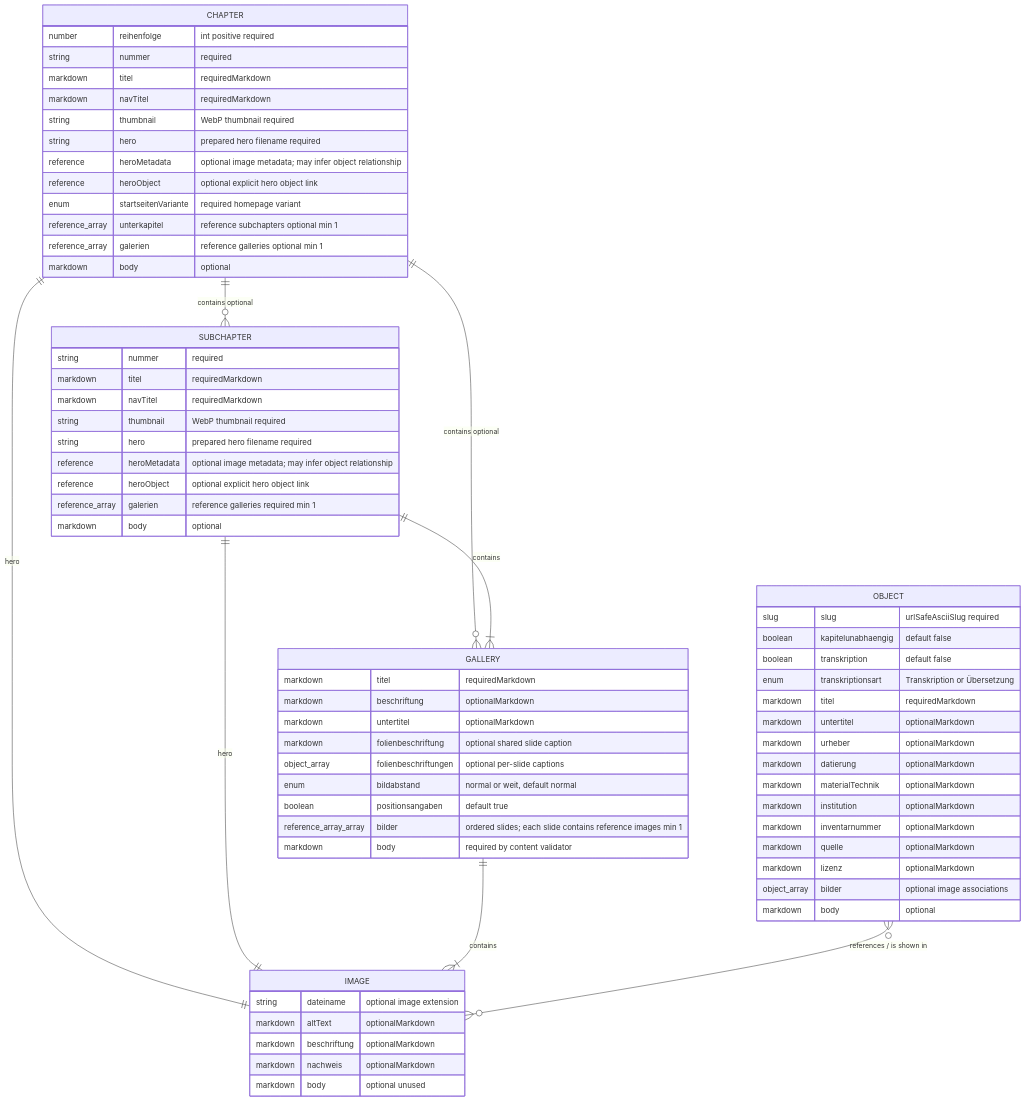
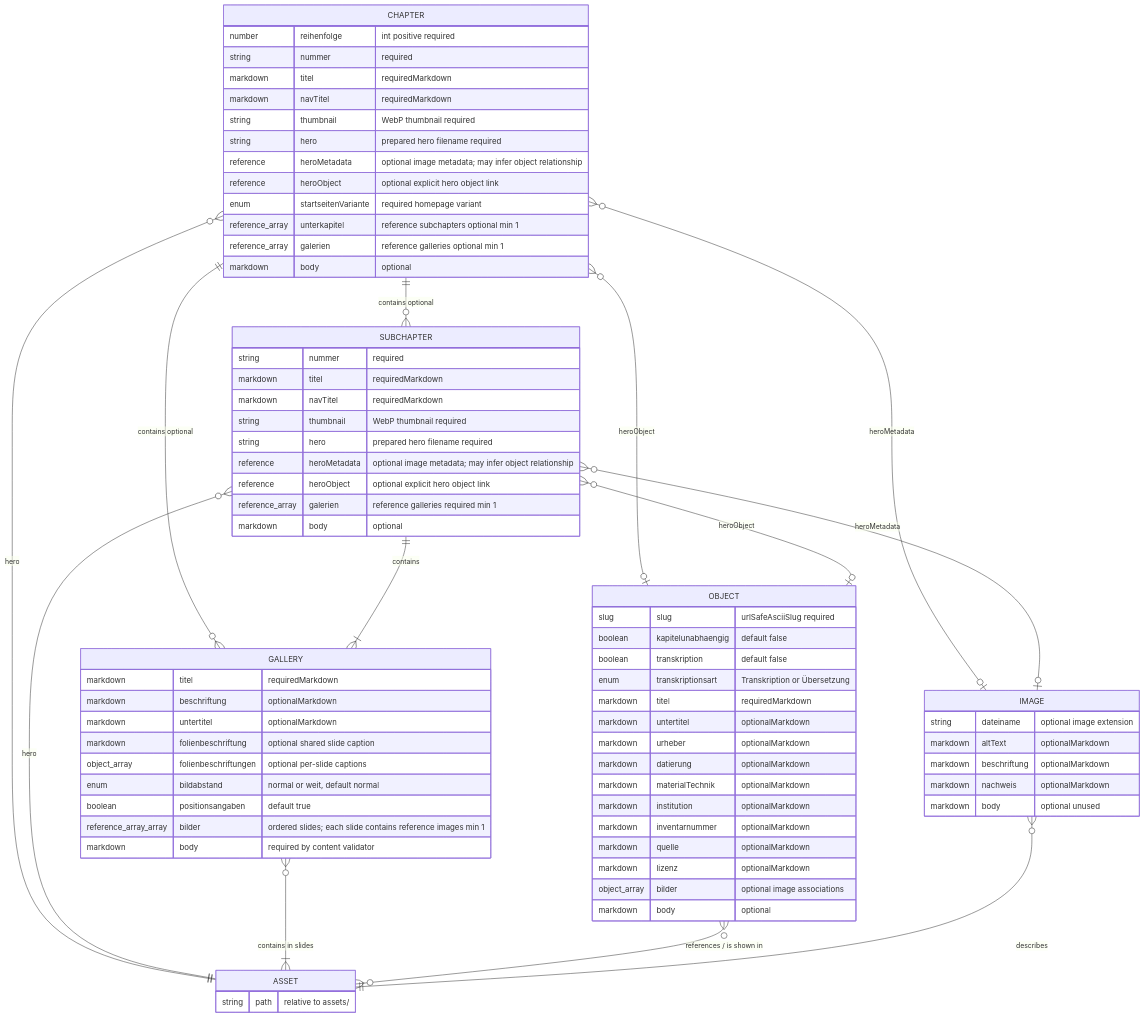
One commit to Theodor-Springmann-Stiftung/hebel-ausstellung changed the diagram in docs/content-model.md. Above: the diagram before and after it, drawn with Mermaid. The commit also changed other lines of this file and 194 other files, not shown here.

```diff
--- a/docs/content-model.md
+++ b/docs/content-model.md
@@ -328,11 +365,16 @@
 erDiagram
   CHAPTER ||--o{ SUBCHAPTER : "contains optional"
   CHAPTER ||--o{ GALLERY : "contains optional"
-  CHAPTER ||--|| IMAGE : "hero"
+  CHAPTER }o--|| ASSET : "hero"
+  CHAPTER }o--o| IMAGE : "heroMetadata"
+  CHAPTER }o--o| OBJECT : "heroObject"
   SUBCHAPTER ||--|{ GALLERY : "contains"
-  SUBCHAPTER ||--|| IMAGE : "hero"
-  GALLERY ||--|{ IMAGE : "contains"
-  OBJECT }o--o{ IMAGE : "references / is shown in"
+  SUBCHAPTER }o--|| ASSET : "hero"
+  SUBCHAPTER }o--o| IMAGE : "heroMetadata"
+  SUBCHAPTER }o--o| OBJECT : "heroObject"
+  GALLERY }o--|{ ASSET : "contains in slides"
+  OBJECT }o--o{ ASSET : "references / is shown in"
+  IMAGE }o--|| ASSET : "describes"
 
   CHAPTER {
     number reihenfolge "int positive required"
@@ -373,6 +415,10 @@
     markdown body "required by content validator"
   }
 
+  ASSET {
+    string path "relative to assets/"
+  }
+
   IMAGE {
     string dateiname "optional image extension"
     markdown altText "optionalMarkdown"
```
